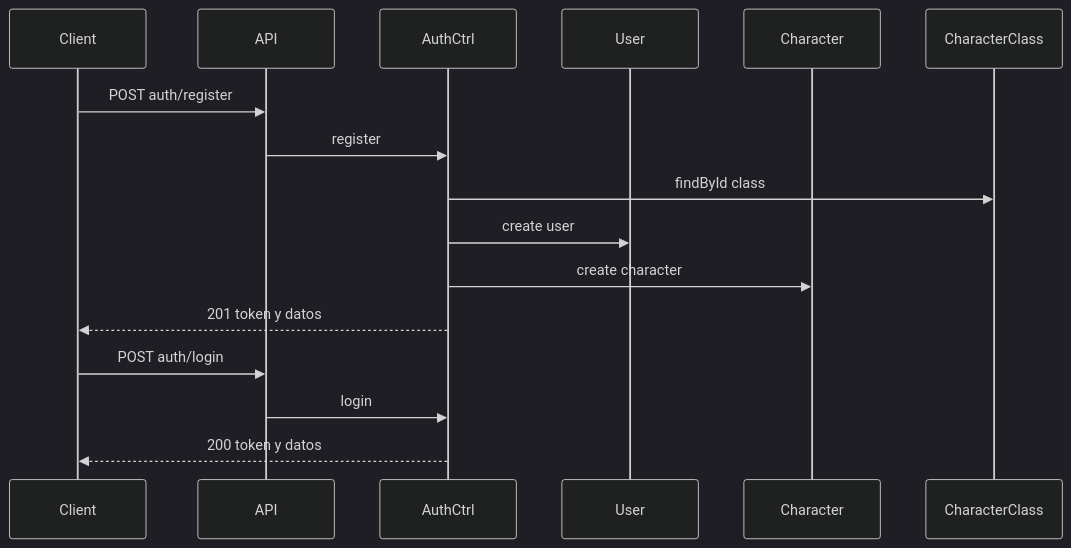
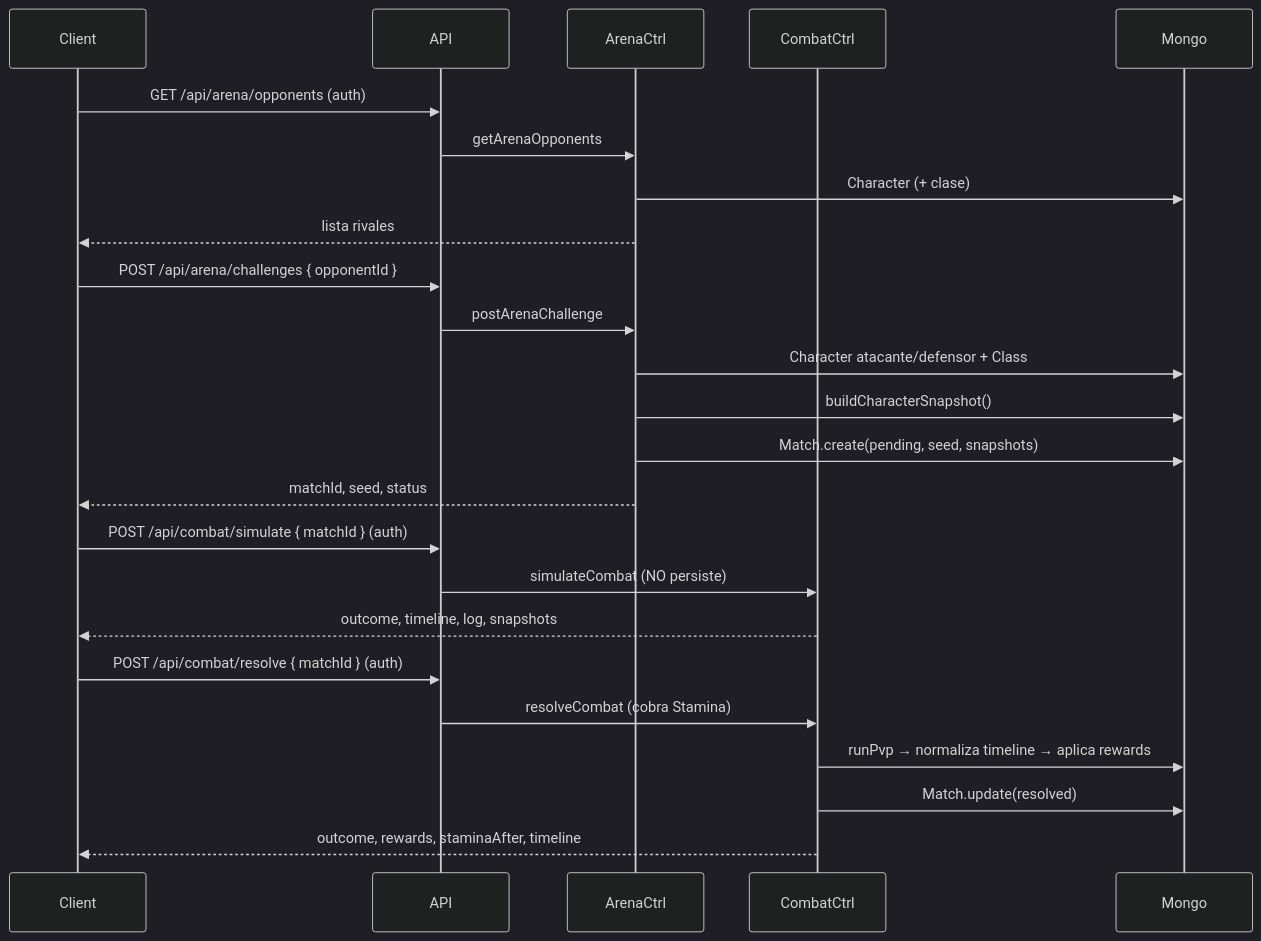
One commit to PabloDev05/nocthalis-bnd changed the first of 2 diagrams in README.md. Above: the diagram before and after it, drawn with Mermaid (dark theme). The commit also changed other lines of this file, not shown here.

````diff
--- a/README.md
+++ b/README.md
@@ -266,20 +118,30 @@
 ```mermaid
 sequenceDiagram
   participant Client
-  participant API as API
-  participant Auth as AuthCtrl
-  participant U as User
-  participant Ch as Character
-  participant Cl as CharacterClass
+  participant API
+  participant Arena as ArenaCtrl
+  participant Combat as CombatCtrl
+  participant DB as Mongo
 
-  Client->>API: POST auth/register
-  API->>Auth: register
-  Auth->>Cl: findById class
-  Auth->>U: create user
-  Auth->>Ch: create character
-  Auth-->>Client: 201 token y datos
+  Client->>API: GET /api/arena/opponents (auth)
+  API->>Arena: getArenaOpponents
+  Arena->>DB: Character (+ clase)
+  Arena-->>Client: lista rivales
 
-  Client->>API: POST auth/login
-  API->>Auth: login
-  Auth-->>Client: 200 token y datos
+  Client->>API: POST /api/arena/challenges { opponentId }
+  API->>Arena: postArenaChallenge
+  Arena->>DB: Character atacante/defensor + Class
+  Arena->>DB: buildCharacterSnapshot()
+  Arena->>DB: Match.create(pending, seed, snapshots)
+  Arena-->>Client: matchId, seed, status
+
+  Client->>API: POST /api/combat/simulate { matchId } (auth)
+  API->>Combat: simulateCombat (NO persiste)
+  Combat-->>Client: outcome, timeline, log, snapshots
+
+  Client->>API: POST /api/combat/resolve { matchId } (auth)
+  API->>Combat: resolveCombat (cobra Stamina)
+  Combat->>DB: runPvp → normaliza timeline → aplica rewards
+  Combat->>DB: Match.update(resolved)
+  Combat-->>Client: outcome, rewards, staminaAfter, timeline
 ```
````
